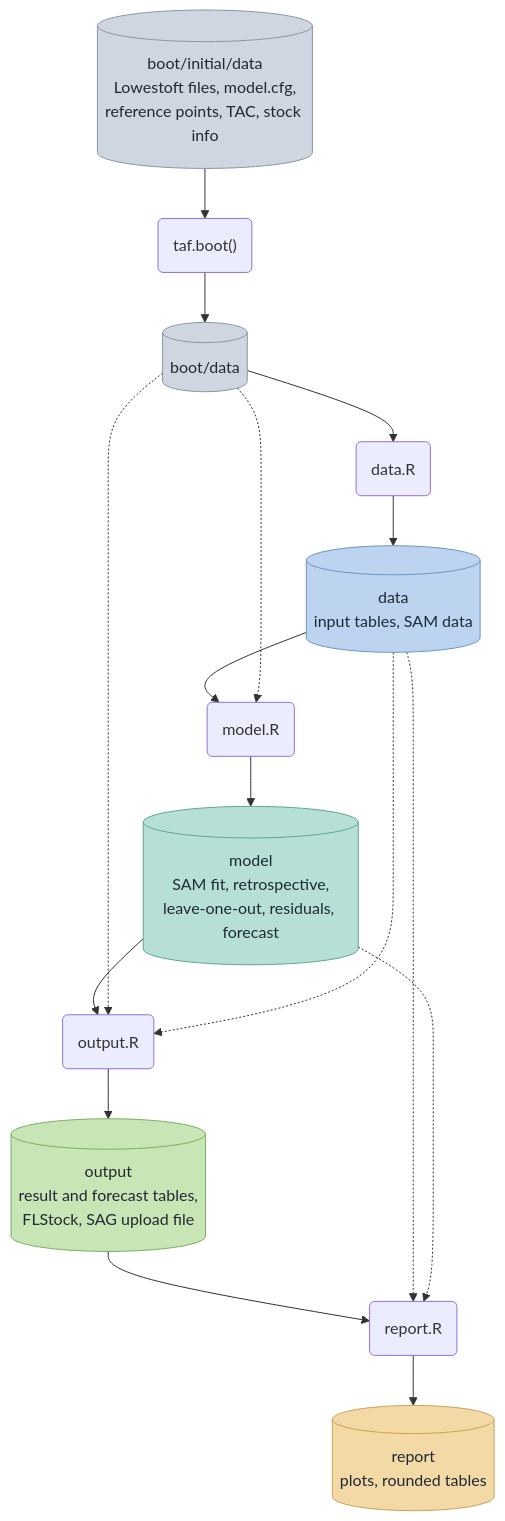
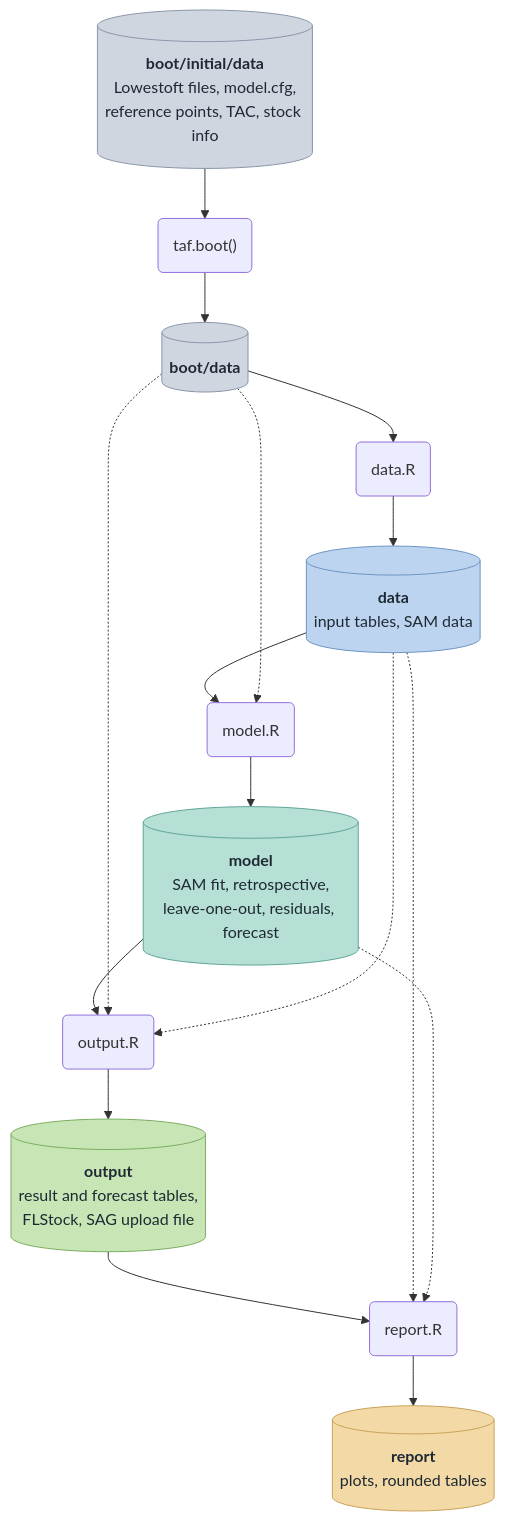
The first of 5 diagrams in README.Rmd (ices-tools-dev/SAM_taf_template), drawn with Mermaid before and after one commit. The commit also changed other lines of this file and 4 other files, not shown here.

Commit message:
Add catch options table and forecast report, name forecast tables by scenario, order README diagrams

````diff
--- a/README.Rmd
+++ b/README.Rmd
@@ -11,30 +11,30 @@
 ```mermaid
 flowchart TD
-  A[("boot/initial/data<br/>Lowestoft files, model.cfg,<br/>reference points, TAC, stock info")]
-  B[("boot/data")]
-  C[("data<br/>input tables, SAM data")]
-  D[("model<br/>SAM fit, retrospective,<br/>leave-one-out, residuals, forecast")]
-  E[("output<br/>result and forecast tables,<br/>FLStock, SAG upload file")]
-  F[("report<br/>plots, rounded tables")]
+  A[("<b>boot/initial/data</b><br/>Lowestoft files, model.cfg,<br/>reference points, TAC, stock info")]
+  B[("<b>boot/data</b>")]
+  C[("<b>data</b><br/>input tables, SAM data")]
+  D[("<b>model</b><br/>SAM fit, retrospective,<br/>leave-one-out, residuals, forecast")]
+  E[("<b>output</b><br/>result and forecast tables,<br/>FLStock, SAG upload file")]
+  F[("<b>report</b><br/>plots, rounded tables")]
   P0("taf.boot()")
   P1("data.R")
   P2("model.R")
   P3("output.R")
   P4("report.R")
   A --> P0 --> B --> P1 --> C --> P2 --> D --> P3 --> E --> P4 --> F
   B -.-> P2
   B -.-> P3
   C -.-> P3
   C -.-> P4
   D -.-> P4
   classDef boot fill:#cfd6e0,stroke:#8a96a8,color:#1f2933
   classDef data fill:#bcd4f0,stroke:#6f95c4,color:#1f2933
   classDef model fill:#b6e0d6,stroke:#5fa596,color:#1f2933
   classDef output fill:#c8e6b5,stroke:#7cad62,color:#1f2933
   classDef report fill:#f3d9a6,stroke:#c9a35a,color:#1f2933
   class A,B boot
   class C data
   class D model
   class E output
   class F report
 ```
````
